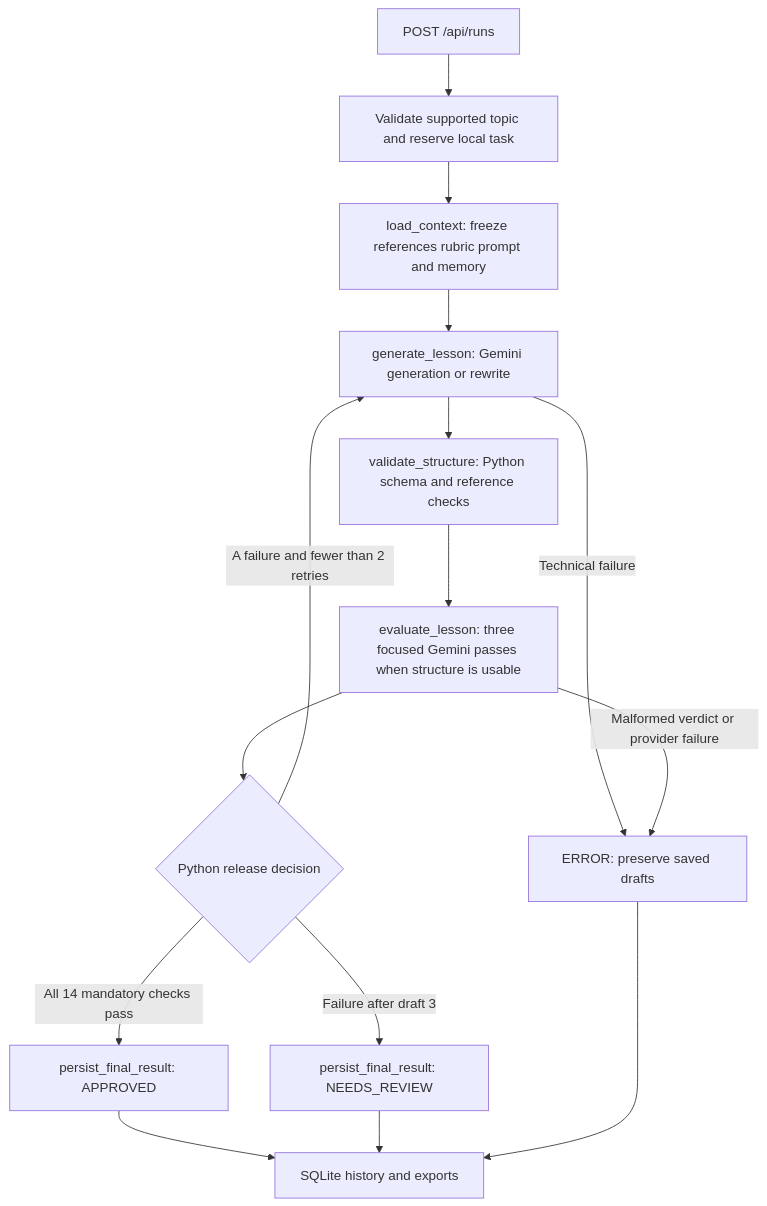
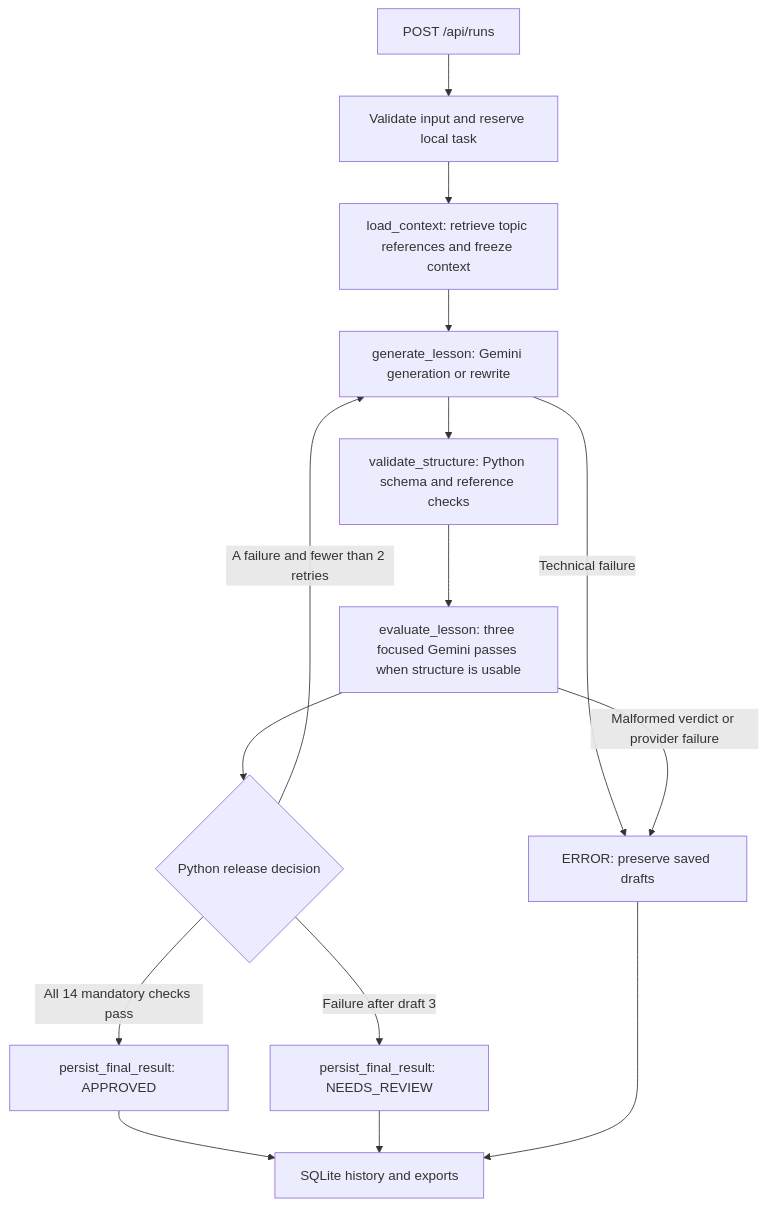
One commit to sriram-Kannan-45/LessonLoop changed the diagram in docs/DESIGN.md. Above: the diagram before and after it, drawn with Mermaid. The commit also changed other lines of this file and 29 other files, not shown here.

````diff
--- a/docs/DESIGN.md
+++ b/docs/DESIGN.md
@@ -33,17 +34,17 @@
 ```mermaid
 flowchart TD
-  A[POST /api/runs] --> B[Validate supported topic and reserve local task]
-  B --> C[load_context: freeze references rubric prompt and memory]
+  A[POST /api/runs] --> B[Validate input and reserve local task]
+  B --> C[load_context: retrieve topic references and freeze context]
   C --> D[generate_lesson: Gemini generation or rewrite]
   D --> E[validate_structure: Python schema and reference checks]
   E --> F[evaluate_lesson: three focused Gemini passes when structure is usable]
   F --> G{Python release decision}
   G -->|All 14 mandatory checks pass| H[persist_final_result: APPROVED]
   G -->|A failure and fewer than 2 retries| D
   G -->|Failure after draft 3| I[persist_final_result: NEEDS_REVIEW]
   D -->|Technical failure| J[ERROR: preserve saved drafts]
   F -->|Malformed verdict or provider failure| J
   H --> K[SQLite history and exports]
   I --> K
   J --> K
 ```
````
